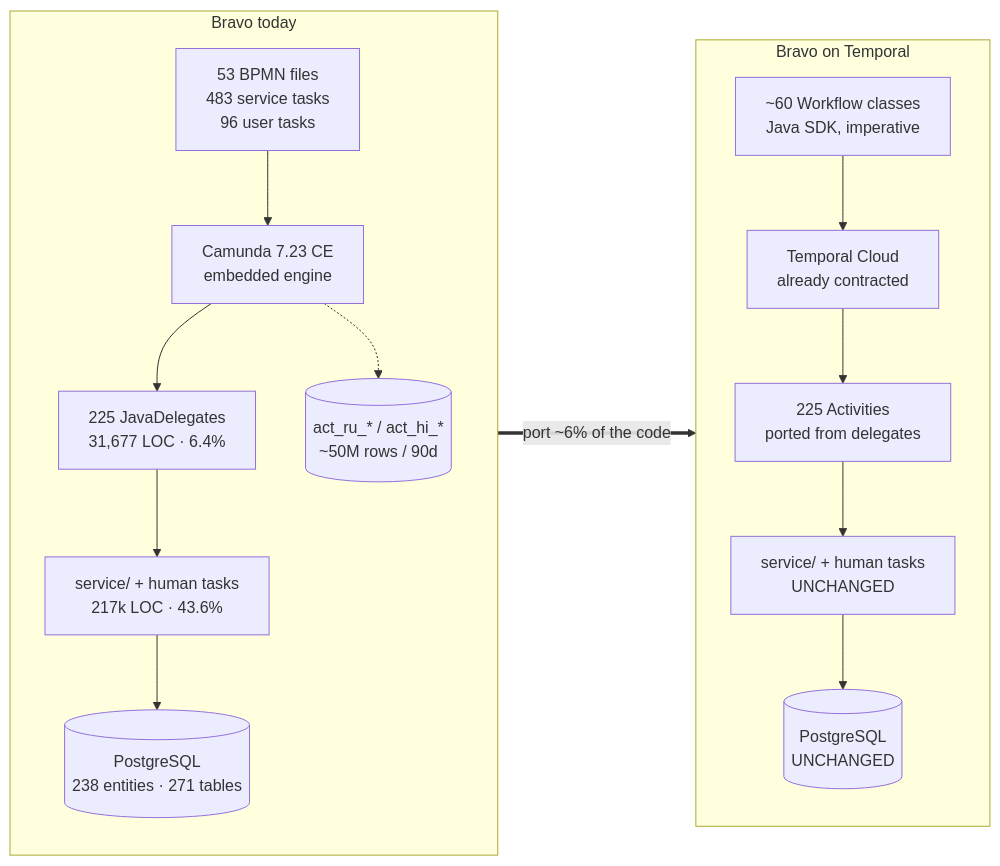
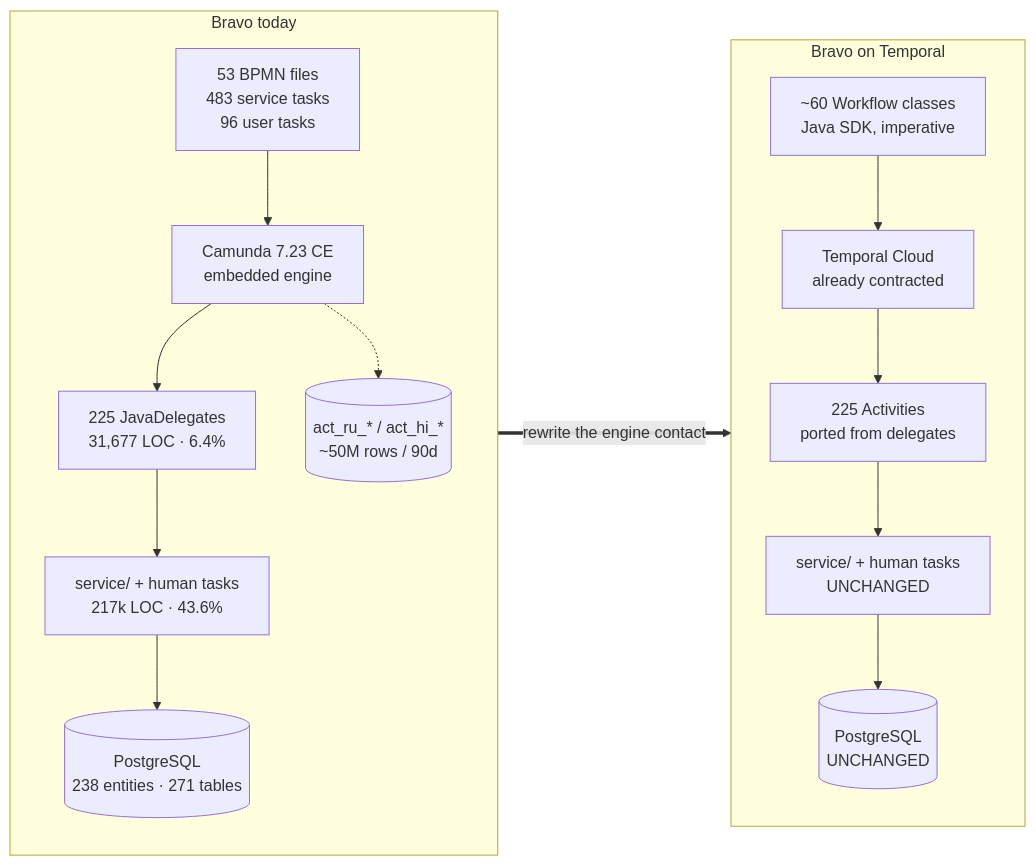
Before and after one commit to alaksmana-mso/bravo-analysis: the first of 3 diagrams in docs/option-2.md, drawn with Mermaid. The commit also changed other lines of this file and 5 other files, not shown here.

````diff
--- a/docs/option-2.md
+++ b/docs/option-2.md
@@ -23,17 +23,17 @@
 ```mermaid
 flowchart LR
   subgraph today["Bravo today"]
     A1["53 BPMN files<br/>483 service tasks<br/>96 user tasks"] --> A2["Camunda 7.23 CE<br/>embedded engine"]
     A2 --> A3["225 JavaDelegates<br/>31,677 LOC · 6.4%"]
     A3 --> A4["service/ + human tasks<br/>217k LOC · 43.6%"]
     A4 --> A5[("PostgreSQL<br/>238 entities · 271 tables")]
     A2 -.-> A6[("act_ru_* / act_hi_*<br/>~50M rows / 90d")]
   end
   subgraph after["Bravo on Temporal"]
     B1["~60 Workflow classes<br/>Java SDK, imperative"] --> B2["Temporal Cloud<br/>already contracted"]
     B2 --> B3["225 Activities<br/>ported from delegates"]
     B3 --> B4["service/ + human tasks<br/>UNCHANGED"]
     B4 --> B5[("PostgreSQL<br/>UNCHANGED")]
   end
-  today ==>|"port ~6% of the code"| after
+  today ==>|"rewrite the engine contact"| after
 ```
````
